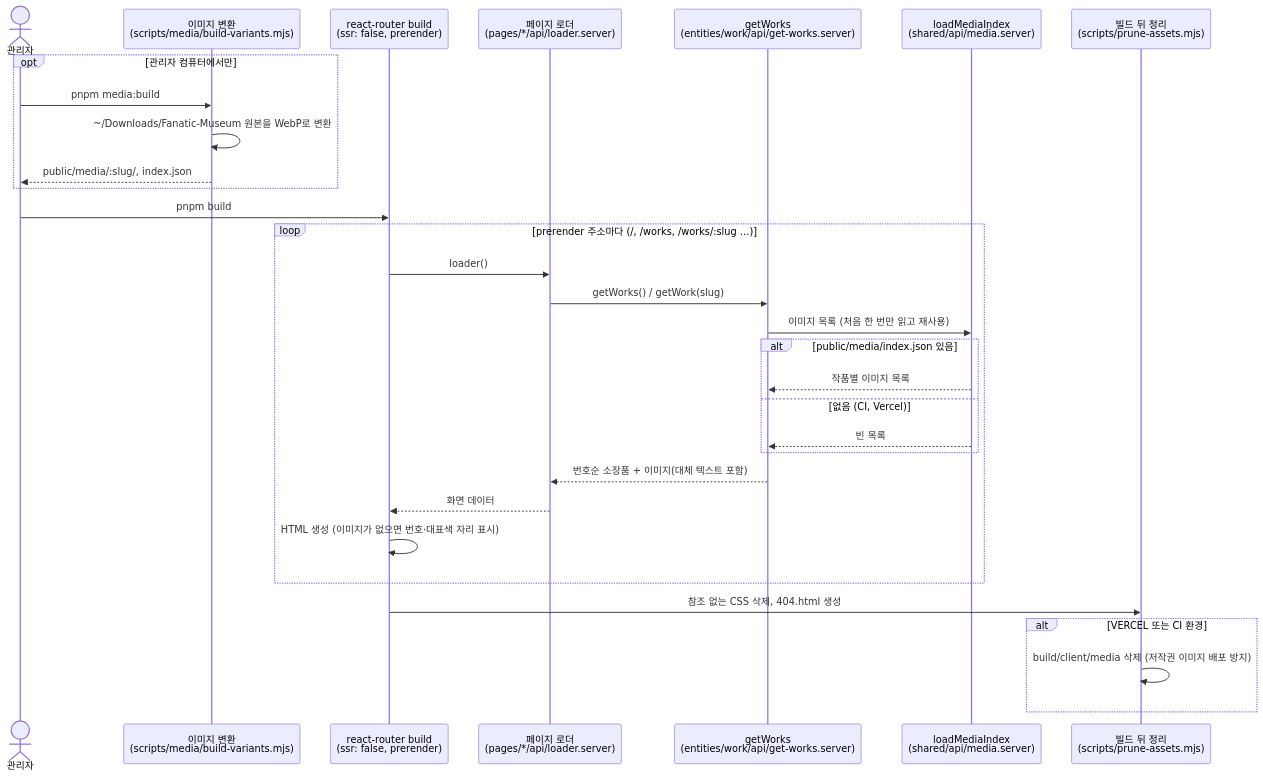
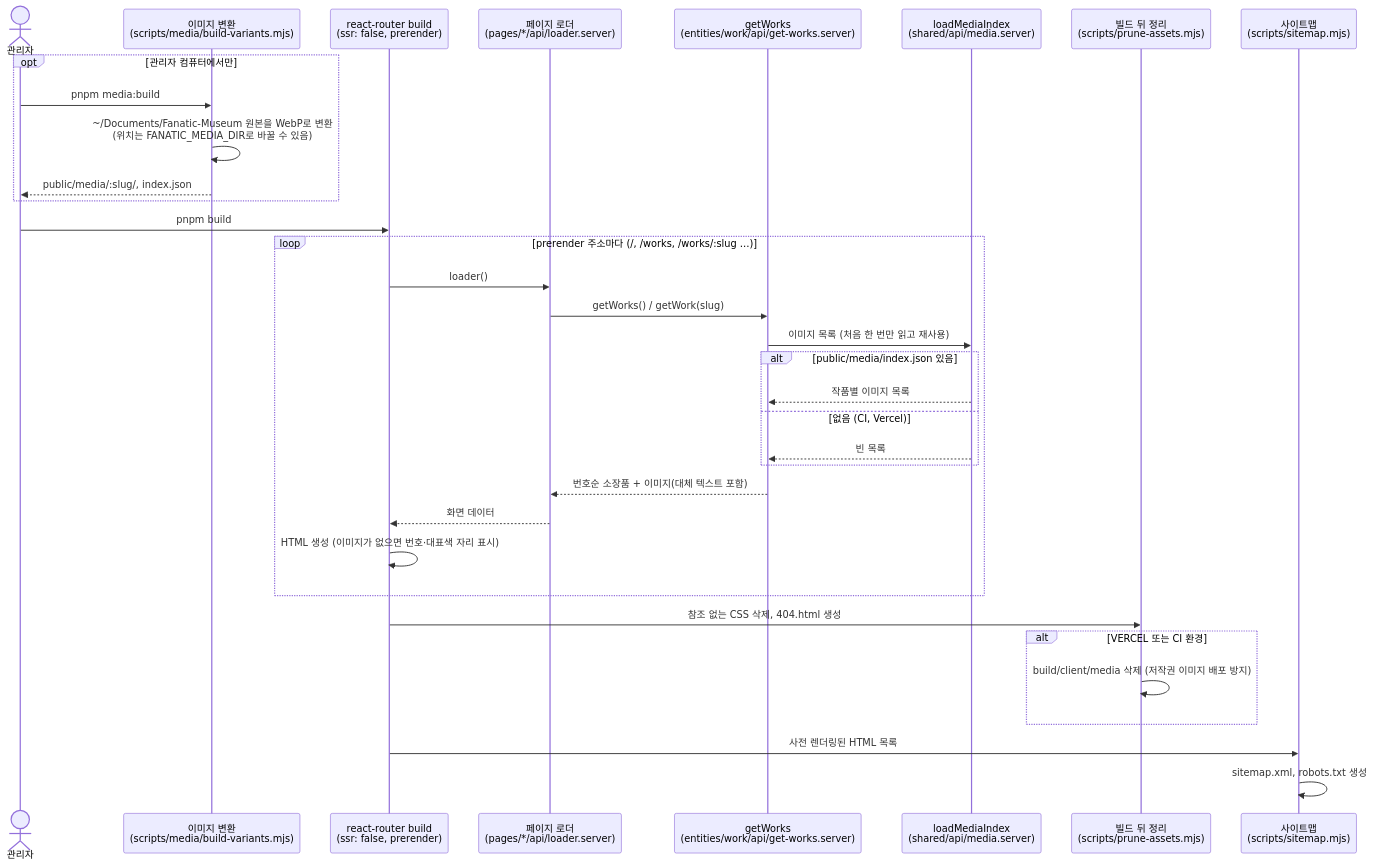
One commit to ryushin01/Fanatic-Museum changed the first of 3 diagrams in docs/sequence-diagrams.md. Above: the diagram before and after it, drawn with Mermaid. The commit also changed other lines of this file, not shown here.

First line of the commit message:
docs: 시퀀스 다이어그램을 지금 코드에 맞춤

````diff
--- a/docs/sequence-diagrams.md
+++ b/docs/sequence-diagrams.md
@@ -9,34 +9,37 @@
 ```mermaid
 sequenceDiagram
     actor 관리자
     participant 변환 as 이미지 변환<br/>(scripts/media/build-variants.mjs)
     participant 빌드 as react-router build<br/>(ssr: false, prerender)
     participant 로더 as 페이지 로더<br/>(pages/*/api/loader.server)
     participant 작품 as getWorks<br/>(entities/work/api/get-works.server)
     participant 미디어 as loadMediaIndex<br/>(shared/api/media.server)
     participant 정리 as 빌드 뒤 정리<br/>(scripts/prune-assets.mjs)
+    participant 지도 as 사이트맵<br/>(scripts/sitemap.mjs)
 
     opt 관리자 컴퓨터에서만
         관리자->>변환: pnpm media:build
-        변환->>변환: ~/Downloads/Fanatic-Museum 원본을 WebP로 변환
+        변환->>변환: ~/Documents/Fanatic-Museum 원본을 WebP로 변환<br/>(위치는 FANATIC_MEDIA_DIR로 바꿀 수 있음)
         변환-->>관리자: public/media/:slug/, index.json
     end
     관리자->>빌드: pnpm build
     loop prerender 주소마다 (/, /works, /works/:slug …)
         빌드->>로더: loader()
         로더->>작품: getWorks() / getWork(slug)
         작품->>미디어: 이미지 목록 (처음 한 번만 읽고 재사용)
         alt public/media/index.json 있음
             미디어-->>작품: 작품별 이미지 목록
         else 없음 (CI, Vercel)
             미디어-->>작품: 빈 목록
         end
         작품-->>로더: 번호순 소장품 + 이미지(대체 텍스트 포함)
         로더-->>빌드: 화면 데이터
         빌드->>빌드: HTML 생성 (이미지가 없으면 번호·대표색 자리 표시)
     end
     빌드->>정리: 참조 없는 CSS 삭제, 404.html 생성
     alt VERCEL 또는 CI 환경
         정리->>정리: build/client/media 삭제 (저작권 이미지 배포 방지)
     end
+    빌드->>지도: 사전 렌더링된 HTML 목록
+    지도->>지도: sitemap.xml, robots.txt 생성
 ```
````
